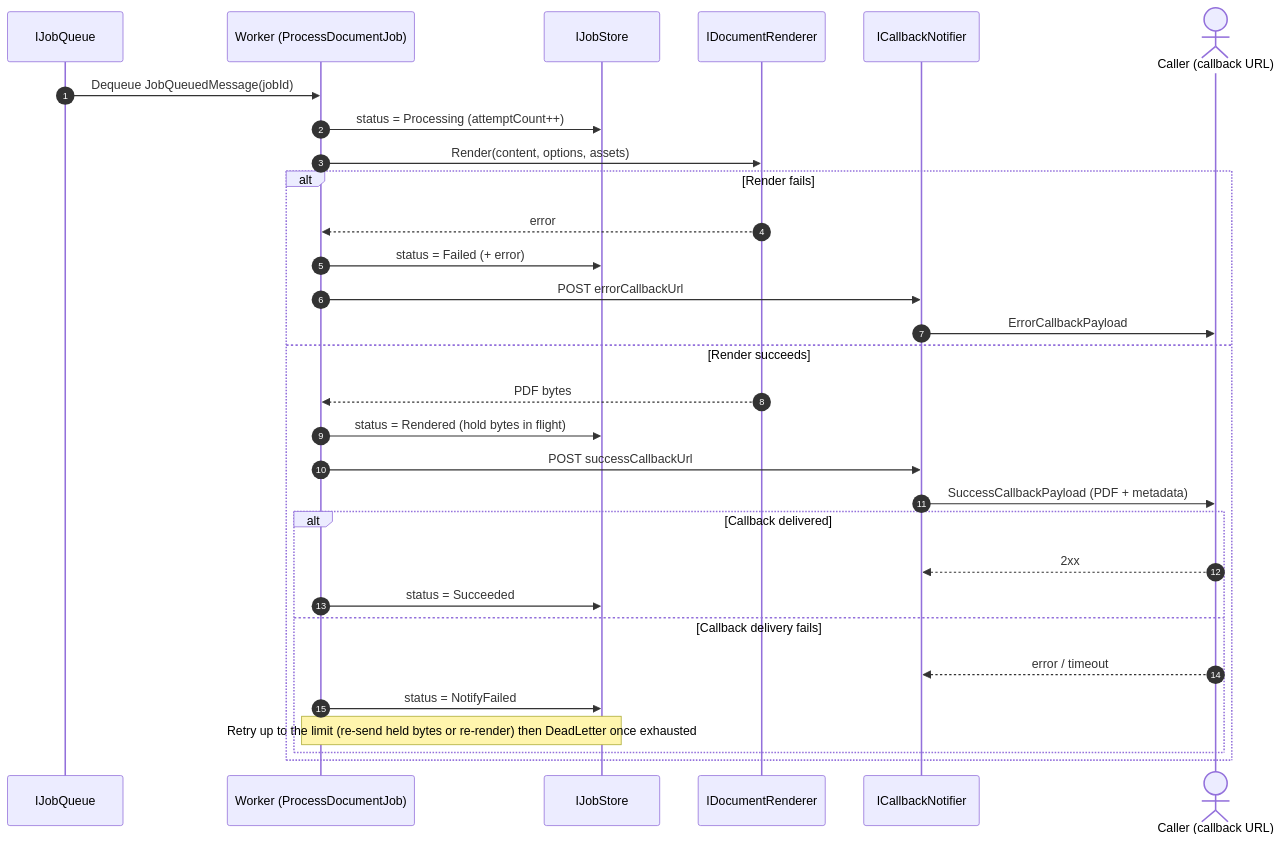
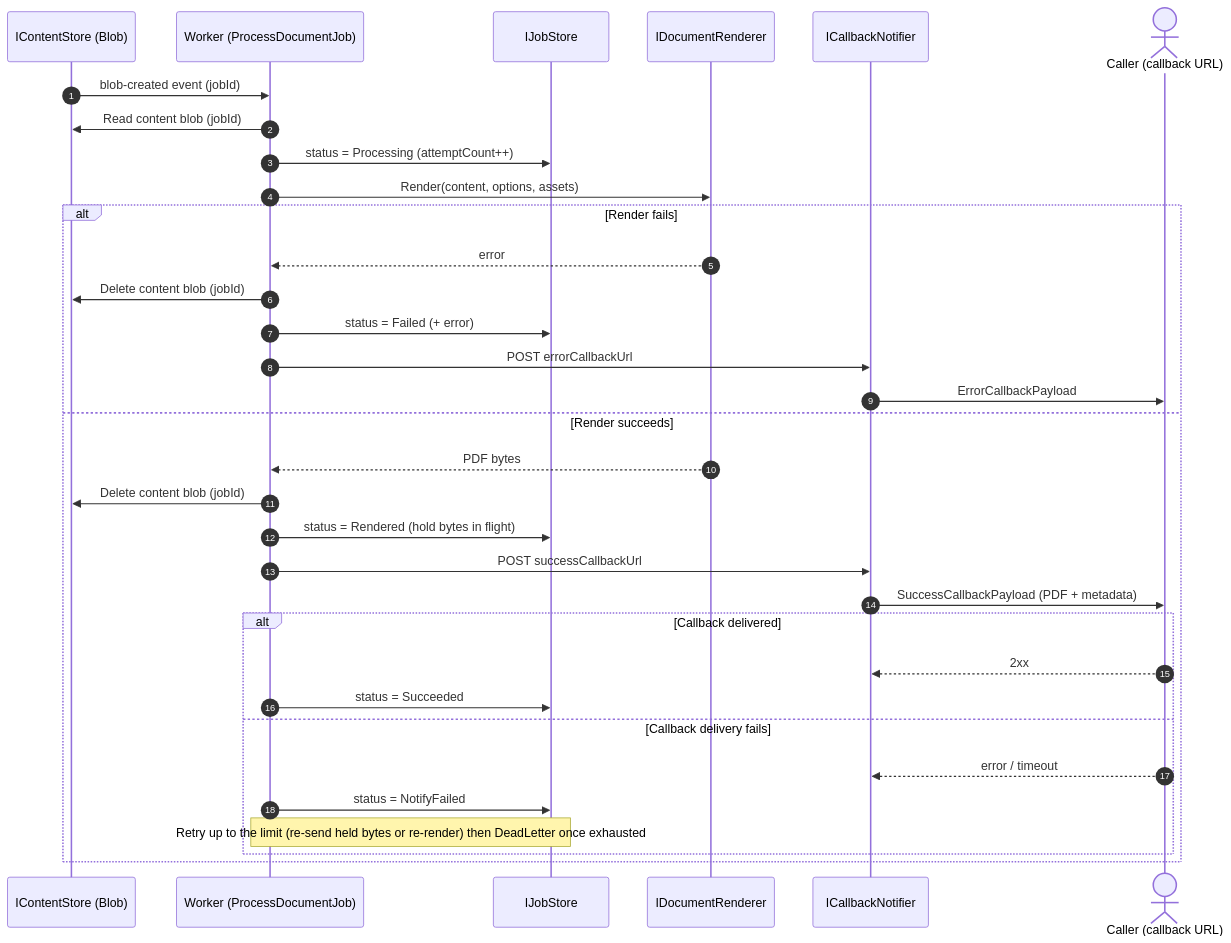
Before and after one commit to ctorresunimag95/Designs: the third of 5 diagrams in PDFGenerator/pdf-generation-service-flow.md, drawn with Mermaid. The commit also changed other lines of this file and 1 other file, not shown here.

````diff
--- a/PDFGenerator/pdf-generation-service-flow.md
+++ b/PDFGenerator/pdf-generation-service-flow.md
@@ -63,34 +66,38 @@
 ```mermaid
 sequenceDiagram
     autonumber
-    participant Q as IJobQueue
+    participant B as IContentStore (Blob)
     participant W as Worker (ProcessDocumentJob)
     participant S as IJobStore
     participant R as IDocumentRenderer
     participant N as ICallbackNotifier
     actor C as Caller (callback URL)
 
-    Q->>W: Dequeue JobQueuedMessage(jobId)
+    B->>W: blob-created event (jobId)
+    W->>B: Read content blob (jobId)
     W->>S: status = Processing (attemptCount++)
+
     W->>R: Render(content, options, assets)
 
     alt Render fails
         R-->>W: error
+        W->>B: Delete content blob (jobId)
         W->>S: status = Failed (+ error)
         W->>N: POST errorCallbackUrl
         N->>C: ErrorCallbackPayload
     else Render succeeds
         R-->>W: PDF bytes
+        W->>B: Delete content blob (jobId)
         W->>S: status = Rendered (hold bytes in flight)
         W->>N: POST successCallbackUrl
         N->>C: SuccessCallbackPayload (PDF + metadata)
         alt Callback delivered
             C-->>N: 2xx
             W->>S: status = Succeeded
         else Callback delivery fails
             C-->>N: error / timeout
             W->>S: status = NotifyFailed
             Note over W,S: Retry up to the limit (re-send held bytes or re-render) then DeadLetter once exhausted
         end
     end
 ```
````
